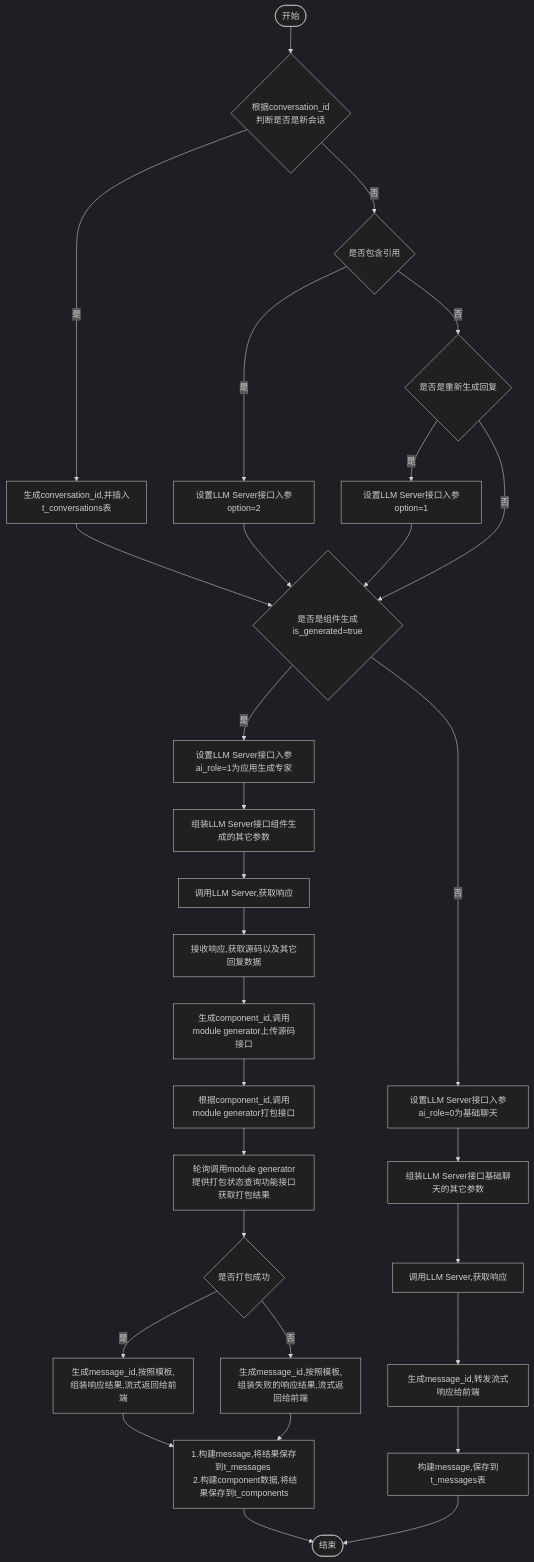
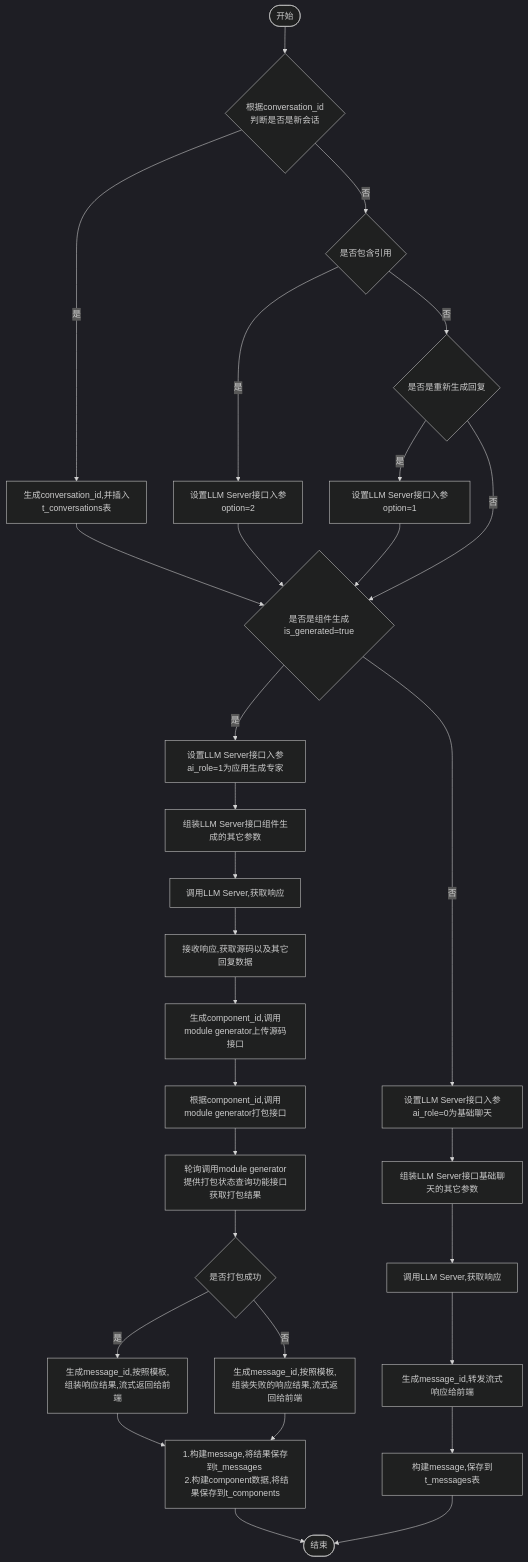
Before and after one commit to yingjianzh/iodraw-files: the diagram in all/w3-会话-不需要传递message.md, drawn with Mermaid (dark theme).

Commit message:
2024-10-14 11:12:02 update

````diff
--- a/all/w3-会话-不需要传递message.md
+++ b/all/w3-会话-不需要传递message.md
@@ -1,35 +1,36 @@
 ```mermaid
 flowchart TD
     A([开始]) --> B{根据conversation_id \n 判断是否是新会话}
     B -- 是 --> C[生成conversation_id,并插入t_conversations表]
     B -- 否 --> D{是否包含引用}
-    D -- 是 --> E[设置LLM Server接口入参option=2]
+    D -- 是 --> E[设置LLM Server接口入参
+    option=2]
     D -- 否 --> F{是否是重新生成回复}
     F -- 是 --> G[设置LLM Server接口入参option=1]
     F -- 否 --> I
      
     C & E & G --> I{是否是组件生成is_generated=true}
     I -- 是 --> J[设置LLM Server接口入参ai_role=1为应用生成专家]
     I -- 否 --> K[设置LLM Server接口入参ai_role=0为基础聊天]
 
 
     J --> L[组装LLM Server接口组件生成的其它参数]    
     K --> M[组装LLM Server接口基础聊天的其它参数]    
     M --> N[调用LLM Server,获取响应]    
     N --> O[生成message_id,转发流式响应给前端]
     O --> P[构建message,保存到t_messages表]
     P --> R([结束])
 
 
     L --> S[调用LLM Server,获取响应]
     S --> T[接收响应,获取源码以及其它回复数据]
     T --> U[生成component_id,调用module generator上传源码接口]
     U --> V[根据component_id,调用module generator打包接口]
     V --> W[轮询调用module generator提供打包状态查询功能接口获取打包结果]
     W --> X{是否打包成功}
     X -- 是 --> Y[生成message_id,按照模板,组装响应结果,流式返回给前端]
     X -- 否 --> Z[生成message_id,按照模板,组装失败的响应结果,流式返回给前端]
 
     Y & Z --> Result[1.构建message,将结果保存到t_messages \n 2.构建component数据,将结果保存到t_components]
     Result --> R
 ```
````
